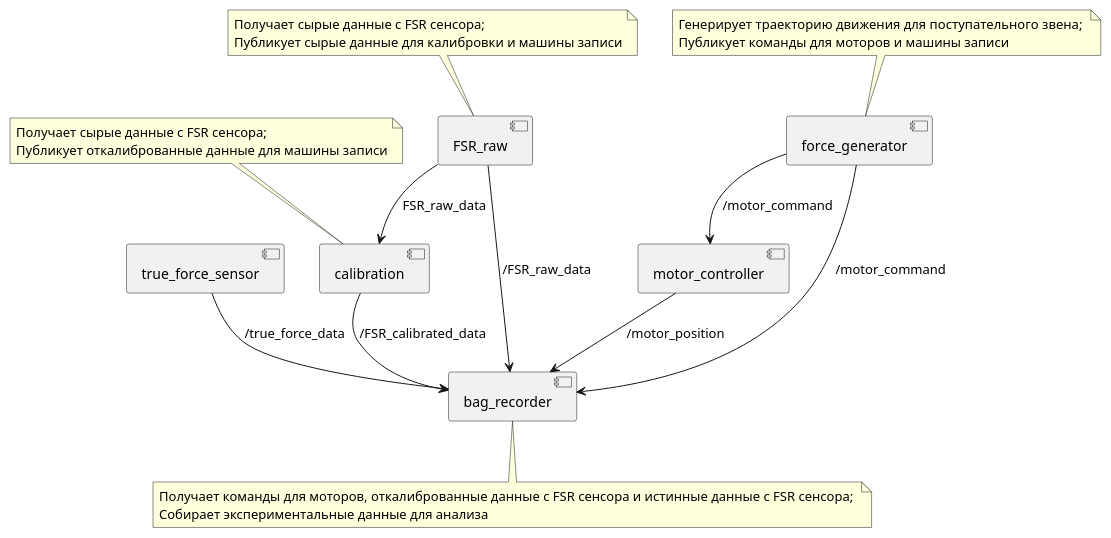
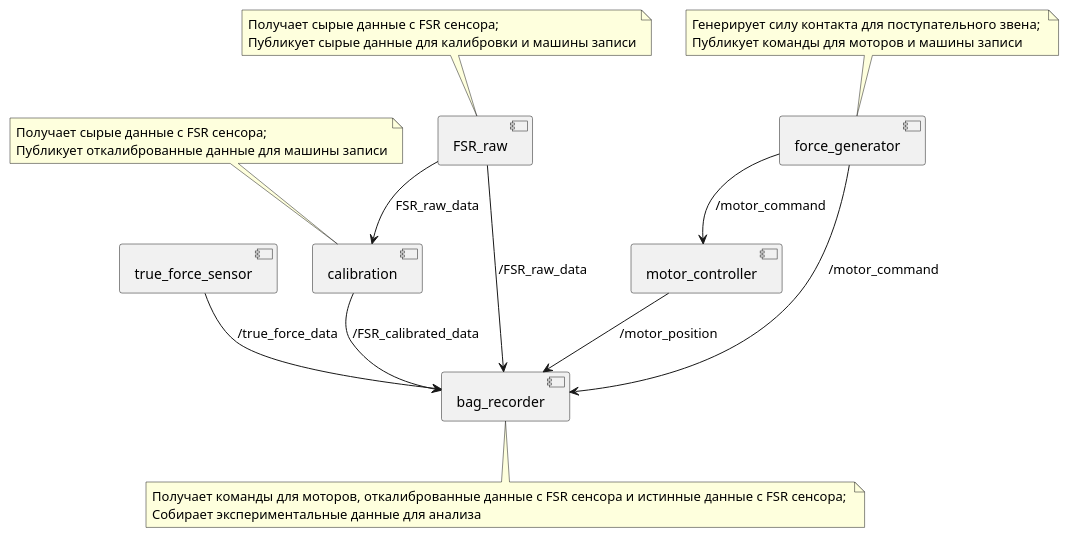
Before and after one commit to Graperson/FSR-project-OOP: the diagram in FSR_diagram.puml, drawn with PlantUML.

Commit message:
FSR-diagramm.puml was updated

```diff
--- a/FSR_diagram.puml
+++ b/FSR_diagram.puml
@@ -1,36 +1,36 @@
 @startuml
 [force_generator]
 [motor_controller]
 [true_force_sensor]
 [FSR_raw]
 [calibration]
 [bag_recorder]
 
 [force_generator] --> [motor_controller] : "/motor_command"
 [force_generator] --> [bag_recorder] : "/motor_command"
 [motor_controller] --> [bag_recorder] : "/motor_position"
 [true_force_sensor] --> [bag_recorder] : "/true_force_data"
 [FSR_raw] --> [bag_recorder] : "/FSR_raw_data"
 [FSR_raw] --> [calibration] : "FSR_raw_data"
 [calibration] --> [bag_recorder] : "/FSR_calibrated_data"
 
 note top of force_generator
-    Генерирует траекторию движения для поступательного звена; 
+    Генерирует силу контакта для поступательного звена; 
     Публикует команды для моторов и машины записи
 end note
 
 note top of FSR_raw
     Получает сырые данные с FSR сенсора; 
     Публикует сырые данные для калибровки и машины записи
 end note
 
 note top of calibration
     Получает сырые данные с FSR сенсора; 
     Публикует откалиброванные данные для машины записи
 end note    
 
 note bottom of bag_recorder
     Получает команды для моторов, откалиброванные данные с FSR сенсора и истинные данные с FSR сенсора; 
     Собирает экспериментальные данные для анализа
 end note    
 @enduml
```
